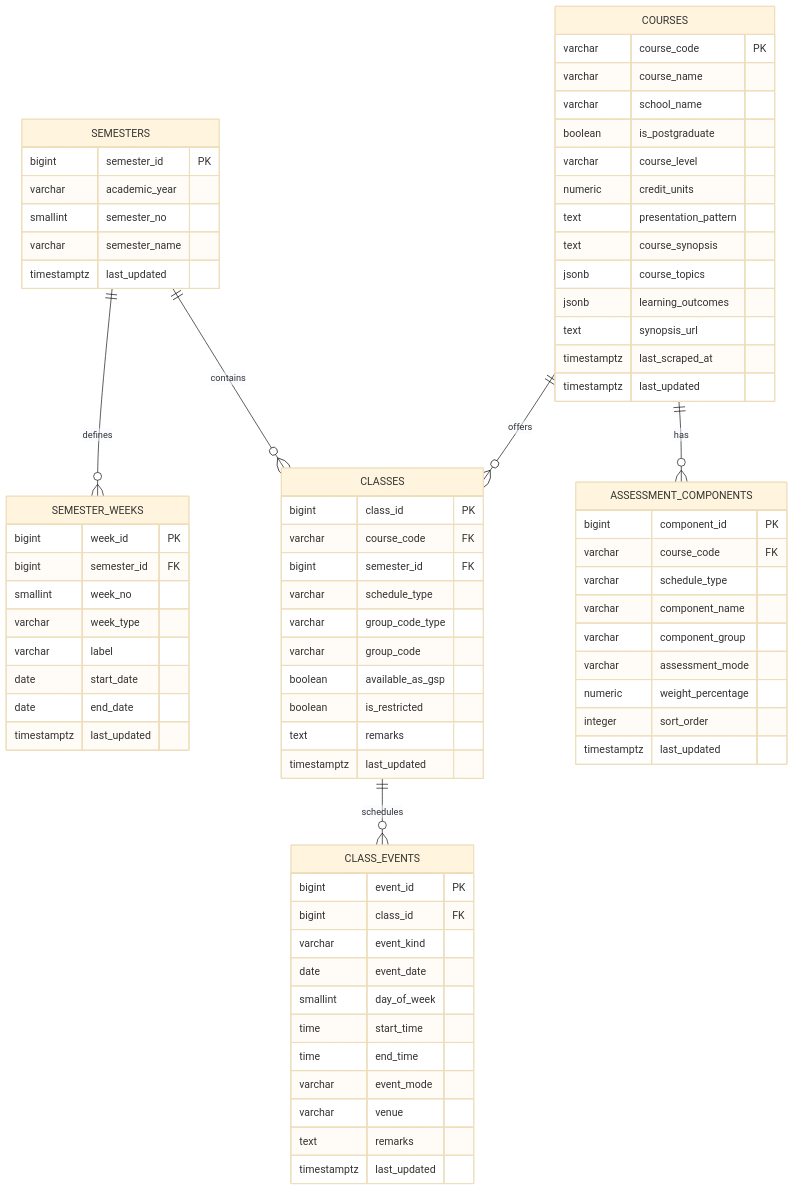
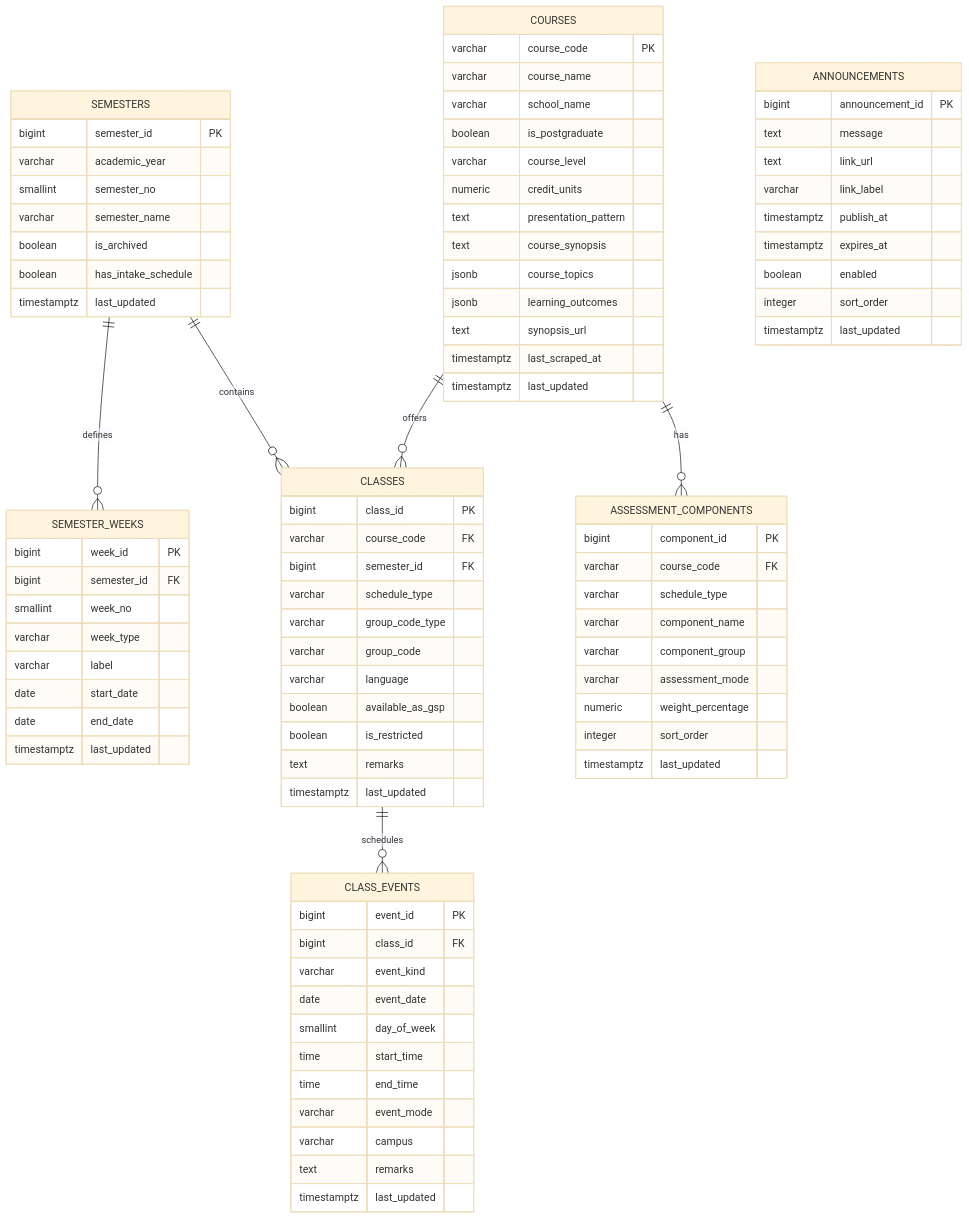
Before and after one commit to lester-td/SUSSplanner: the second of 18 diagrams in docs/DeveloperGuide.md, drawn with Mermaid (base theme). The commit also changed other lines of this file and 79 other files, not shown here.

```diff
--- a/docs/DeveloperGuide.md
+++ b/docs/DeveloperGuide.md
@@ -354,6 +353,8 @@
         varchar academic_year
         smallint semester_no
         varchar semester_name
+        boolean is_archived
+        boolean has_intake_schedule
         timestamptz last_updated
     }
 
@@ -375,6 +376,7 @@
         varchar schedule_type
         varchar group_code_type
         varchar group_code
+        varchar language
         boolean available_as_gsp
         boolean is_restricted
         text remarks
@@ -390,7 +392,7 @@
         time start_time
         time end_time
         varchar event_mode
-        varchar venue
+        varchar campus
         text remarks
         timestamptz last_updated
     }
@@ -407,6 +409,18 @@
         timestamptz last_updated
     }
 
+    ANNOUNCEMENTS {
+        bigint announcement_id PK
+        text message
+        text link_url
+        varchar link_label
+        timestamptz publish_at
+        timestamptz expires_at
+        boolean enabled
+        integer sort_order
+        timestamptz last_updated
+    }
+
     COURSES ||--o{ CLASSES : offers
     SEMESTERS ||--o{ CLASSES : contains
     SEMESTERS ||--o{ SEMESTER_WEEKS : defines
```
